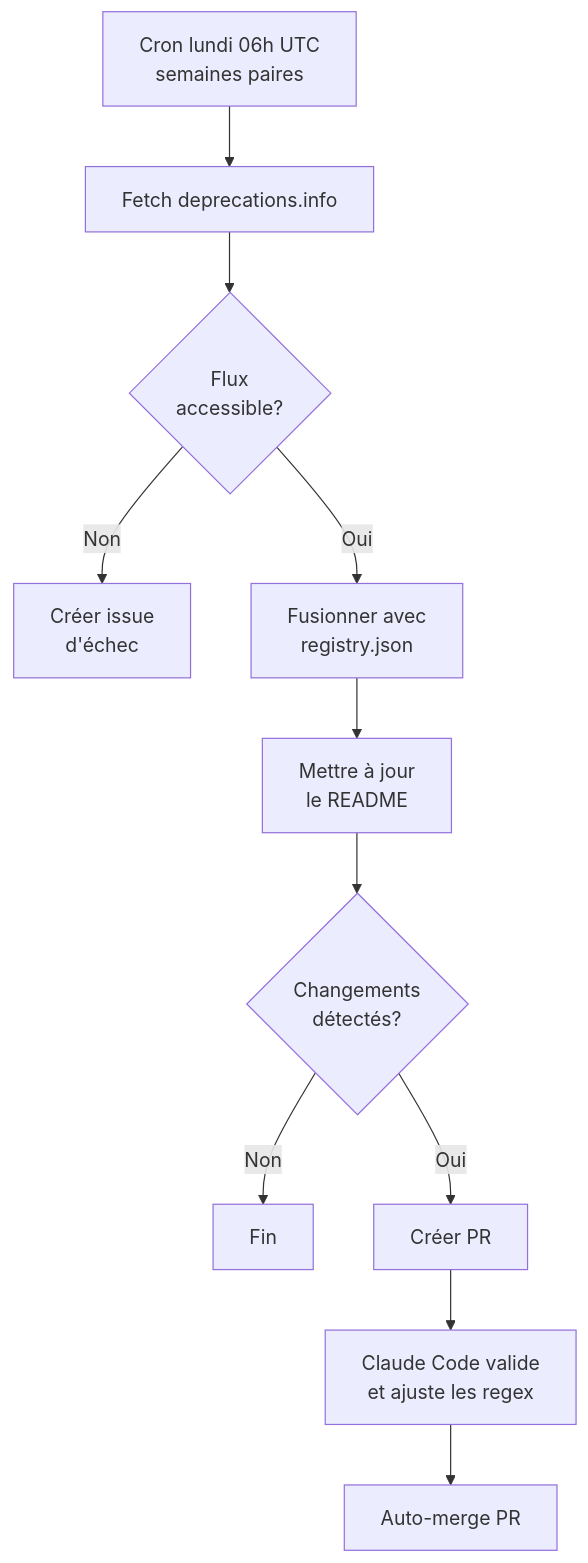
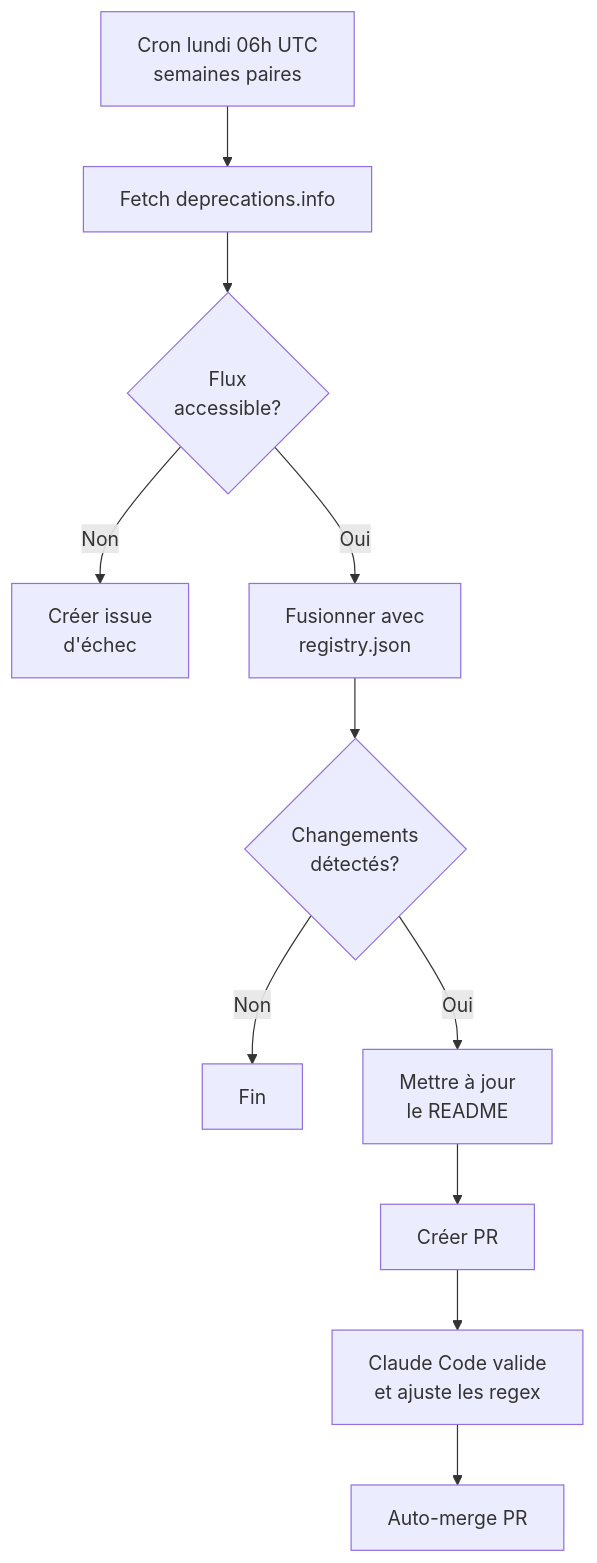
Before and after one commit to Baseline-quebec/tracking-llm-discontinued: the second of 2 diagrams in README.md, drawn with Mermaid. The commit also changed other lines of this file and 18 other files, not shown here.

````diff
--- a/README.md
+++ b/README.md
@@ -25,13 +25,13 @@
 ```mermaid
 flowchart TD
     A[Cron lundi 06h UTC<br>semaines paires] --> B[Fetch deprecations.info]
     B --> C{Flux<br>accessible?}
     C -->|Non| D[Créer issue<br>d'échec]
     C -->|Oui| E[Fusionner avec<br>registry.json]
-    E --> F[Mettre à jour<br>le README]
-    F --> G{Changements<br>détectés?}
-    G -->|Non| H[Fin]
-    G -->|Oui| I[Créer PR]
+    E --> F{Changements<br>détectés?}
+    F -->|Non| G[Fin]
+    F -->|Oui| H[Mettre à jour<br>le README]
+    H --> I[Créer PR]
     I --> J[Claude Code valide<br>et ajuste les regex]
     J --> K[Auto-merge PR]
 ```
````
